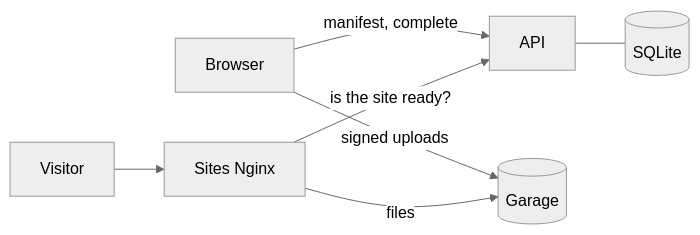
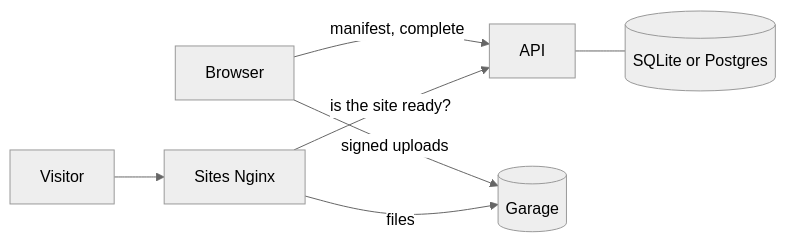
One commit to whyredfire/redoost changed the diagram in README.md. Above: the diagram before and after it, drawn with Mermaid (neutral theme). The commit also changed other lines of this file and 22 other files, not shown here.

Commit message:
feat: Add support for postgres alongside SQLite

````diff
--- a/README.md
+++ b/README.md
@@ -34,9 +34,9 @@
 ```mermaid
 flowchart LR
     browser[Browser] -->|manifest, complete| api[API]
     browser -->|signed uploads| garage[(Garage)]
     visitor[Visitor] --> sites[Sites Nginx]
     sites -->|is the site ready?| api
     sites -->|files| garage
-    api --- db[(SQLite)]
+    api --- db[(SQLite or Postgres)]
 ```
````
